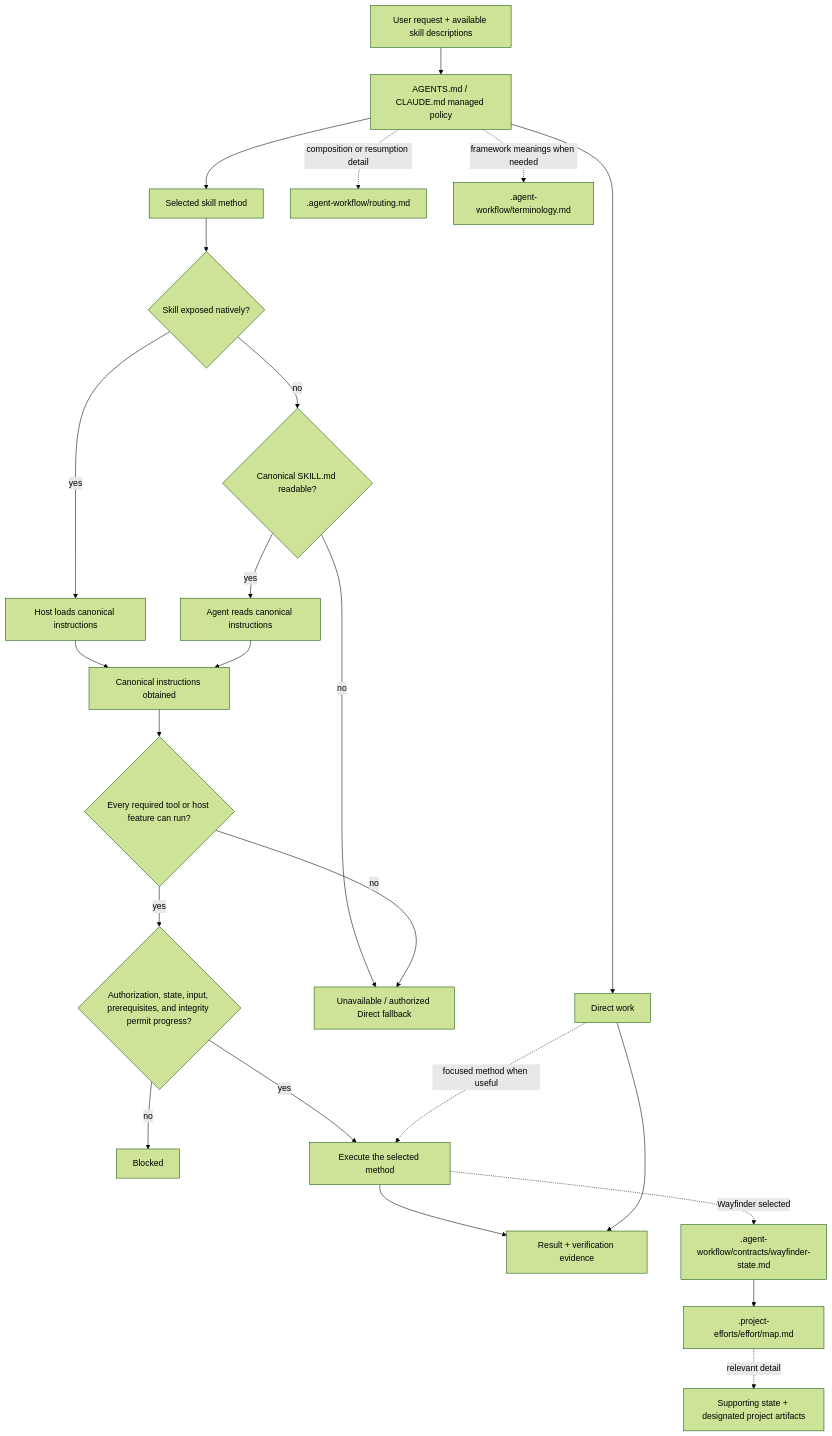
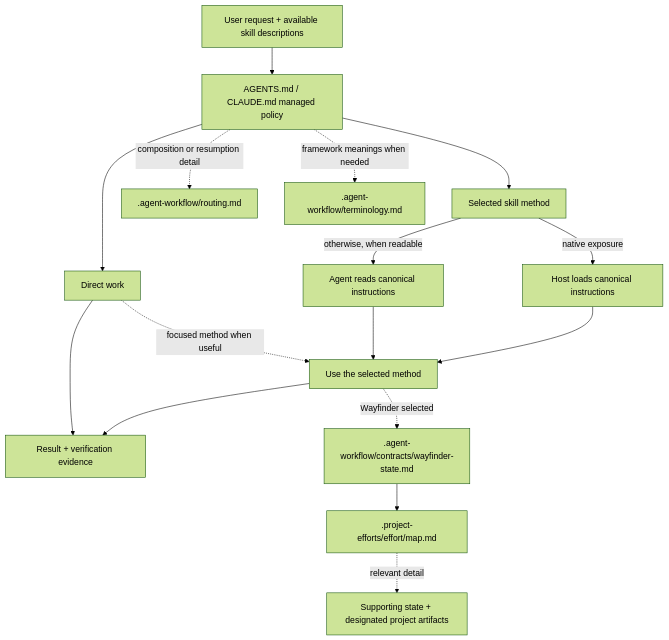
One commit to jimmfan/agentic-workflow changed the diagram in docs/architecture.md. Above: the diagram before and after it, drawn with Mermaid (forest theme). The commit also changed other lines of this file and 6 other files, not shown here.

````diff
--- a/docs/architecture.md
+++ b/docs/architecture.md
@@ -11,26 +11,18 @@
 ```mermaid
 flowchart TD
     request["User request + available skill descriptions"] --> root["AGENTS.md / CLAUDE.md managed policy"]
     root --> direct["Direct work"]
     root --> selected["Selected skill method"]
-    selected --> exposure{"Skill exposed natively?"}
-    exposure -->|yes| native["Host loads canonical instructions"]
-    exposure -->|no| readable{"Canonical SKILL.md readable?"}
-    readable -->|yes| repository["Agent reads canonical instructions"]
-    readable -->|no| unavailable["Unavailable / authorized Direct fallback"]
-    native --> instructions["Canonical instructions obtained"]
-    repository --> instructions
-    instructions --> support{"Every required tool or host feature can run?"}
-    support -->|no| unavailable
-    support -->|yes| progress{"Authorization, state, input, prerequisites, and integrity permit progress?"}
-    progress -->|no| blocked["Blocked"]
-    progress -->|yes| method["Execute the selected method"]
+    selected -->|native exposure| native["Host loads canonical instructions"]
+    selected -->|otherwise, when readable| repository["Agent reads canonical instructions"]
+    native --> method["Use the selected method"]
+    repository --> method
     direct -. focused method when useful .-> method
     root -. composition or resumption detail .-> routing[".agent-workflow/routing.md"]
     root -. framework meanings when needed .-> terms[".agent-workflow/terminology.md"]
     method --> result["Result + verification evidence"]
     direct --> result
     method -. Wayfinder selected .-> contract[".agent-workflow/contracts/wayfinder-state.md"]
     contract --> map[".project-efforts/effort/map.md"]
     map -. relevant detail .-> artifacts["Supporting state + designated project artifacts"]
 ```
````
